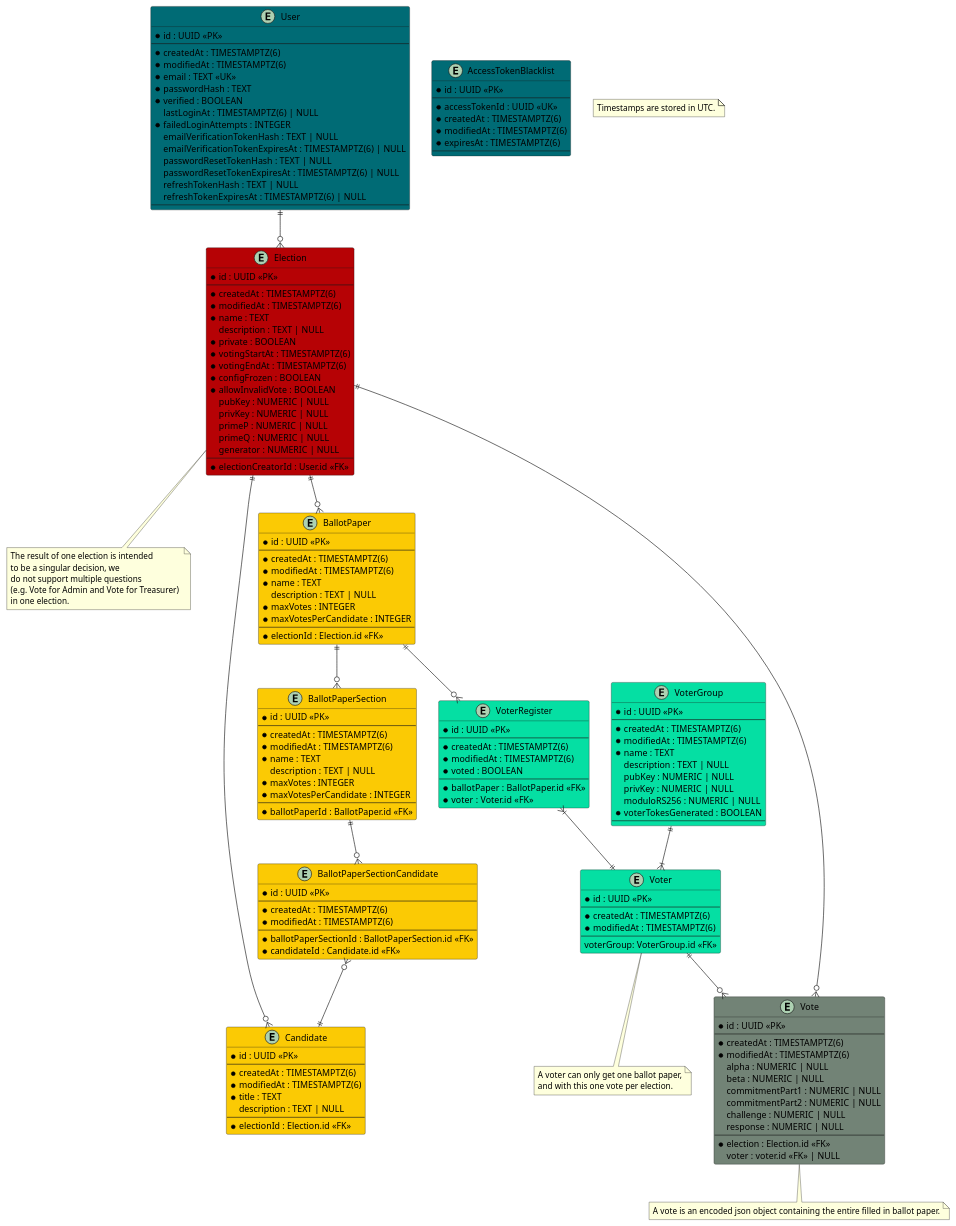
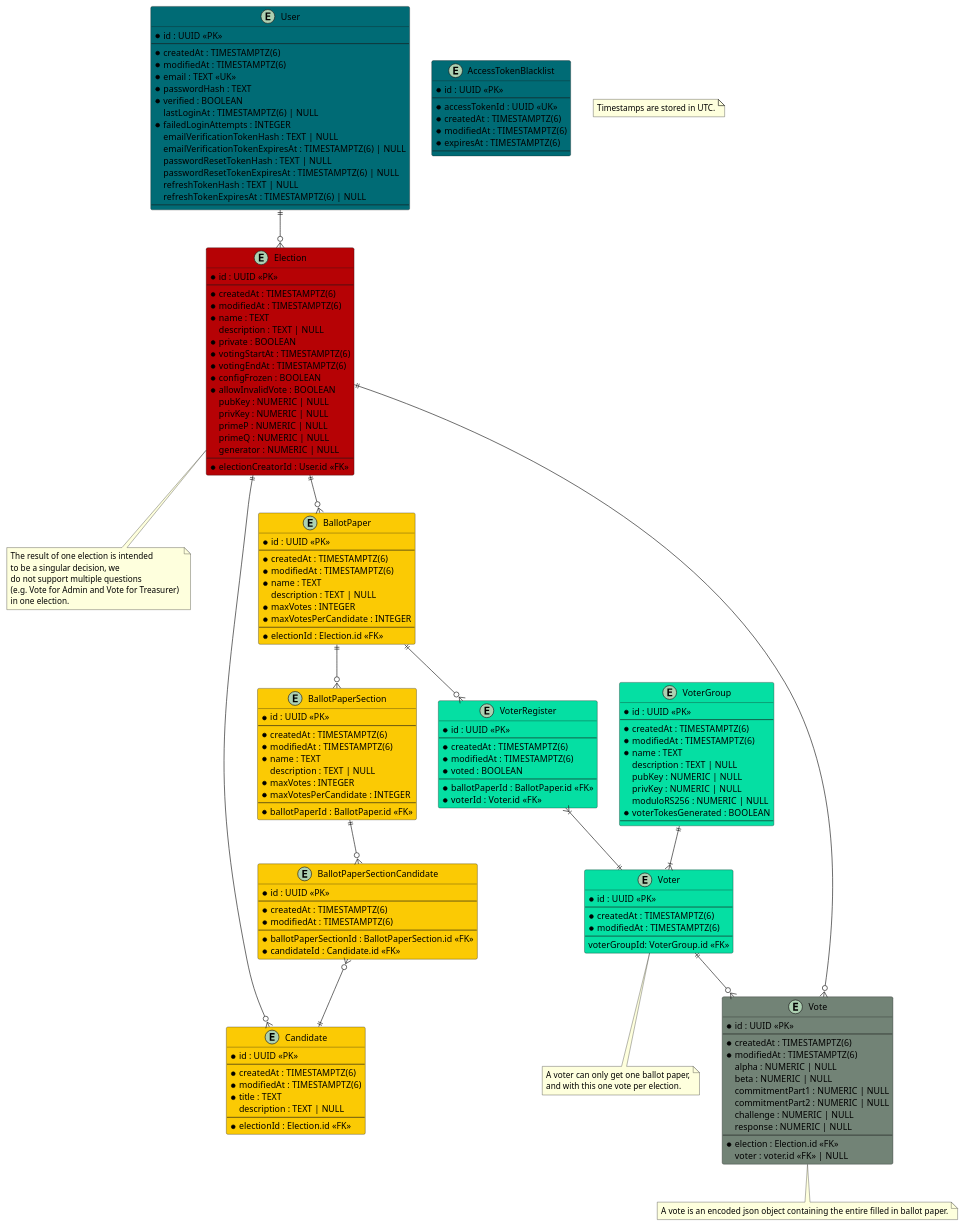
The diagram in apps/docs/static/uml/dataModel.puml (SE-UUlm/votura), drawn with PlantUML before and after one commit. The commit also changed 2 other files, not shown here.

Commit message:
#121: Add database models for VoterGroup, Voter, and VoterRegister with relationships

```diff
--- a/apps/docs/static/uml/dataModel.puml
+++ b/apps/docs/static/uml/dataModel.puml
@@ -1,195 +1,195 @@
 @startuml dataModel
 
 entity "User" as user #006b75 {
     * id : UUID <<PK>>
     --
     * createdAt : TIMESTAMPTZ(6)
     * modifiedAt : TIMESTAMPTZ(6)
     * email : TEXT <<UK>>
     * passwordHash : TEXT
     * verified : BOOLEAN
     lastLoginAt : TIMESTAMPTZ(6) | NULL
     ' failed login attempts get reset on successful login
     * failedLoginAttempts : INTEGER
     emailVerificationTokenHash : TEXT | NULL
     emailVerificationTokenExpiresAt : TIMESTAMPTZ(6) | NULL
     passwordResetTokenHash : TEXT | NULL
     passwordResetTokenExpiresAt : TIMESTAMPTZ(6) | NULL
     refreshTokenHash : TEXT | NULL
     refreshTokenExpiresAt : TIMESTAMPTZ(6) | NULL
     --
 }
 
 entity "AccessTokenBlacklist" as jwtBlacklist #006b75 {
     ' this table is used to store blacklisted access tokens
     ' The jti is 36 characters long if we use UUIDv4
     * id : UUID <<PK>>
     --
     * accessTokenId : UUID <<UK>>
     * createdAt : TIMESTAMPTZ(6)
     * modifiedAt : TIMESTAMPTZ(6)
     * expiresAt : TIMESTAMPTZ(6)
     --
 }
 
 entity "Election" as elections #b60205 {
     * id : UUID <<PK>>
     --
     * createdAt : TIMESTAMPTZ(6)
     * modifiedAt : TIMESTAMPTZ(6)
     * name : TEXT
     description : TEXT | NULL
     * private : BOOLEAN
     * votingStartAt : TIMESTAMPTZ(6)
     * votingEndAt : TIMESTAMPTZ(6)
     * configFrozen : BOOLEAN
     * allowInvalidVote : BOOLEAN
     ' Is there a use case for `votesCounted`?
     ' * votesCounted : BOOLEAN
     ' Computed values such as validVotes and invalidVotes are critical - do we really want to store them?
     ' validVotes : NUMERIC | NULL
     ' invalidVotes : NUMERIC | NULL
     pubKey : NUMERIC | NULL
     privKey : NUMERIC | NULL
     primeP : NUMERIC | NULL
     primeQ : NUMERIC | NULL
     generator : NUMERIC | NULL
     --
     * electionCreatorId : User.id <<FK>>
 }
 
 note as N2
 The result of one election is intended 
 to be a singular decision, we 
 do not support multiple questions 
 (e.g. Vote for Admin and Vote for Treasurer) 
 in one election.
 end note
 
 entity "BallotPaper" as ballotPapers #fbca04 {
     * id : UUID <<PK>>
     --
     * createdAt : TIMESTAMPTZ(6)
     * modifiedAt : TIMESTAMPTZ(6)
     * name : TEXT
     description : TEXT | NULL
     * maxVotes : INTEGER
     * maxVotesPerCandidate : INTEGER
     --
     * electionId : Election.id <<FK>>
 }
 
 entity "BallotPaperSection" as ballotPaperSections #fbca04 {
     * id : UUID <<PK>>
     --
     * createdAt : TIMESTAMPTZ(6)
     * modifiedAt : TIMESTAMPTZ(6)
     * name : TEXT
     description : TEXT | NULL
     * maxVotes : INTEGER
     * maxVotesPerCandidate : INTEGER
     --
     * ballotPaperId : BallotPaper.id <<FK>>
 }
 
 entity "BallotPaperSectionCandidate" as ballotPaperSectionCandidates #fbca04 {
     * id : UUID <<PK>>
     --
     * createdAt : TIMESTAMPTZ(6)
     * modifiedAt : TIMESTAMPTZ(6)
     --
     * ballotPaperSectionId : BallotPaperSection.id <<FK>>
     * candidateId : Candidate.id <<FK>>
 }
 
 entity "Candidate" as candidates #fbca04 {
     * id : UUID <<PK>>
     --
     * createdAt : TIMESTAMPTZ(6)
     * modifiedAt : TIMESTAMPTZ(6)
     * title : TEXT
     description : TEXT | NULL
     --
     * electionId : Election.id <<FK>>
 }
 
 entity "Vote" as votes #728376 {
     * id : UUID <<PK>>
     --
     * createdAt : TIMESTAMPTZ(6)
     * modifiedAt : TIMESTAMPTZ(6)
     alpha : NUMERIC | NULL
     beta : NUMERIC | NULL
     commitmentPart1 : NUMERIC | NULL
     commitmentPart2 : NUMERIC | NULL
     challenge : NUMERIC | NULL
     response : NUMERIC | NULL
     --
     * election : Election.id <<FK>>
     ' if the vote isn't secret, voter can be saved
     voter : voter.id <<FK>> | NULL
 }
 note as N4
 A vote is an encoded json object containing the entire filled in ballot paper.
 end note
 
 entity "VoterRegister" as voterRegisters #05DFA3 {
     * id : UUID <<PK>>
     --
     * createdAt : TIMESTAMPTZ(6)
     * modifiedAt : TIMESTAMPTZ(6)
     * voted : BOOLEAN
     --
-    * ballotPaper : BallotPaper.id <<FK>>
-    * voter : Voter.id <<FK>>
+    * ballotPaperId : BallotPaper.id <<FK>>
+    * voterId : Voter.id <<FK>>
 }
 
 entity "Voter" as voters #05DFA3 {
     * id : UUID <<PK>>
     --
     * createdAt : TIMESTAMPTZ(6)
     * modifiedAt : TIMESTAMPTZ(6)
     --
-    voterGroup: VoterGroup.id <<FK>>
+    voterGroupId: VoterGroup.id <<FK>>
 }
 note as N3
 A voter can only get one ballot paper,
 and with this one vote per election.
 end note
 
 entity "VoterGroup" as voterGroups #05DFA3 {
     * id : UUID <<PK>>
     --
     * createdAt : TIMESTAMPTZ(6)
     * modifiedAt : TIMESTAMPTZ(6)
     * name : TEXT
     description : TEXT | NULL
     pubKey : NUMERIC | NULL
     privKey : NUMERIC | NULL
     moduloRS256 : NUMERIC | NULL
     * voterTokesGenerated : BOOLEAN
     --
 }
 
 note as N1
 Timestamps are stored in UTC.
 end note
 
 user ||--o{ elections
 elections ||--o{ ballotPapers
 elections -- N2
 elections ||--o{ candidates
 ballotPapers ||--o{ voterRegisters
 voterRegisters }|--|| voters
 ballotPapers ||--o{ ballotPaperSections
 ' ballotPaperSections -- C_2
 ballotPaperSections ||--o{ ballotPaperSectionCandidates
 ballotPaperSectionCandidates }o--|| candidates
 votes }o--|| elections
 voters ||--o{ votes
 voterGroups ||--|{ voters
 voters -- N3
 votes -- N4
 
 
 @enduml
```
